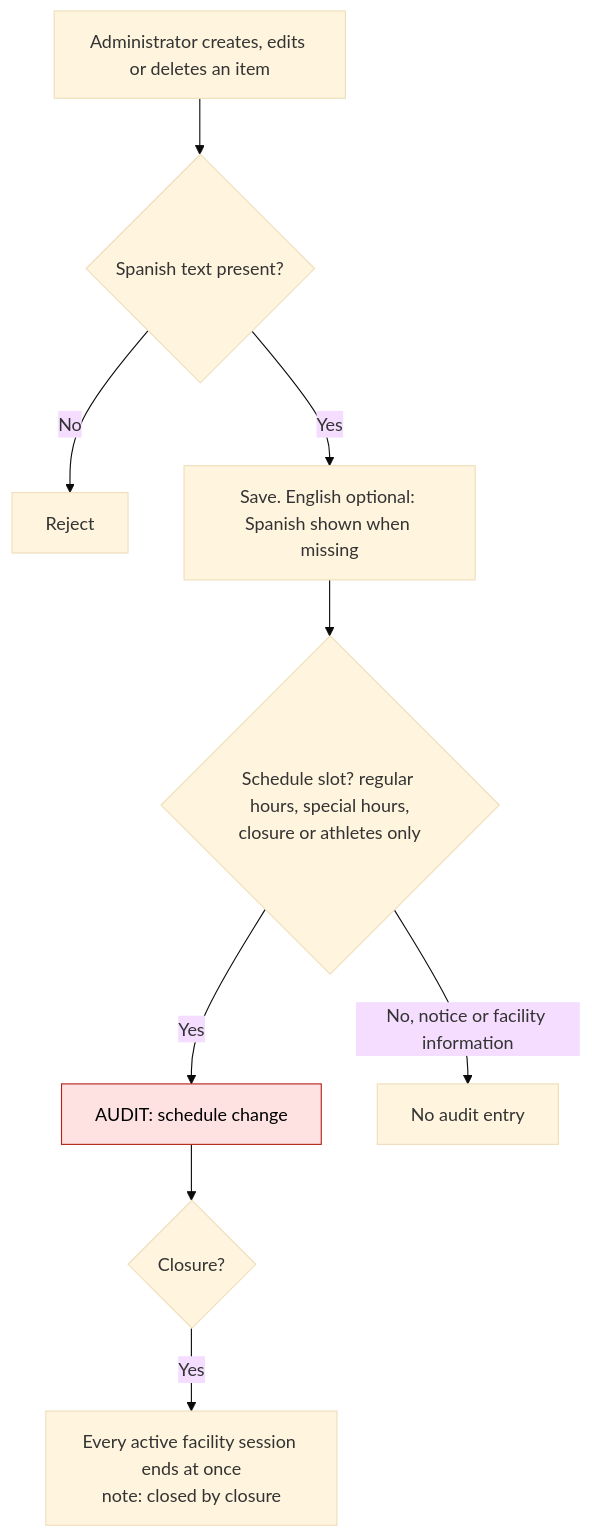
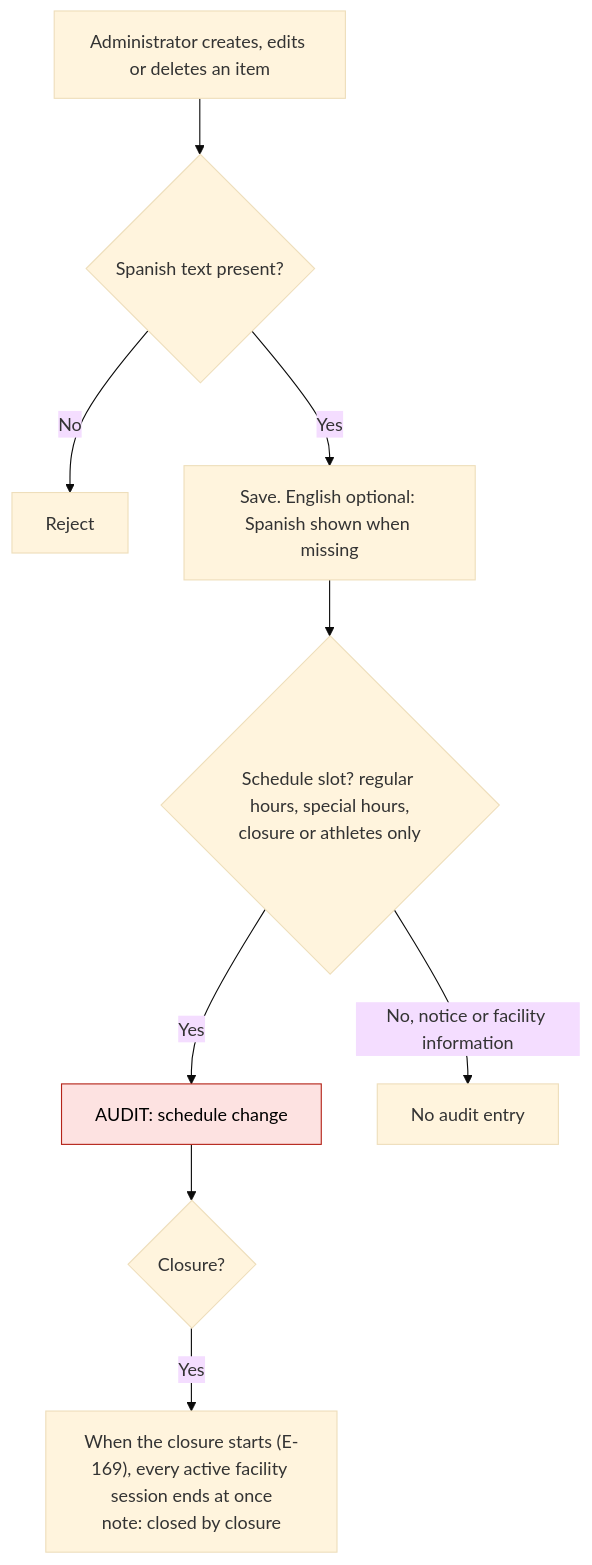
One commit to Th3-Minorities/natatorio-gym-app changed diagram 14 of 17 in docs/design/admin-flows.md. Above: the diagram before and after it, drawn with Mermaid (base theme). The commit also changed other lines of this file and 11 other files, not shown here.

````diff
--- a/docs/design/admin-flows.md
+++ b/docs/design/admin-flows.md
@@ -390,14 +390,14 @@
 ```mermaid
 flowchart TD
   S0["Administrator creates, edits or deletes an item"] --> S1{"Spanish text present?"}
   S1 -->|"No"| S2["Reject"]
   S1 -->|"Yes"| S3["Save. English optional: Spanish shown when missing"]
   S3 --> S4{"Schedule slot? regular hours, special hours,<br/>closure or athletes only"}
   S4 -->|"Yes"| S5["AUDIT: schedule change"]
   S5 --> S7{"Closure?"}
-  S7 -->|"Yes"| S8["Every active facility session ends at once<br/>note: closed by closure"]
+  S7 -->|"Yes"| S8["When the closure starts (E-169), every active facility session ends at once<br/>note: closed by closure"]
   S4 -->|"No, notice or facility information"| S6["No audit entry"]
 
   classDef audit fill:#fde2e1,stroke:#b42318,color:#000
   class S5 audit
 ```
````
